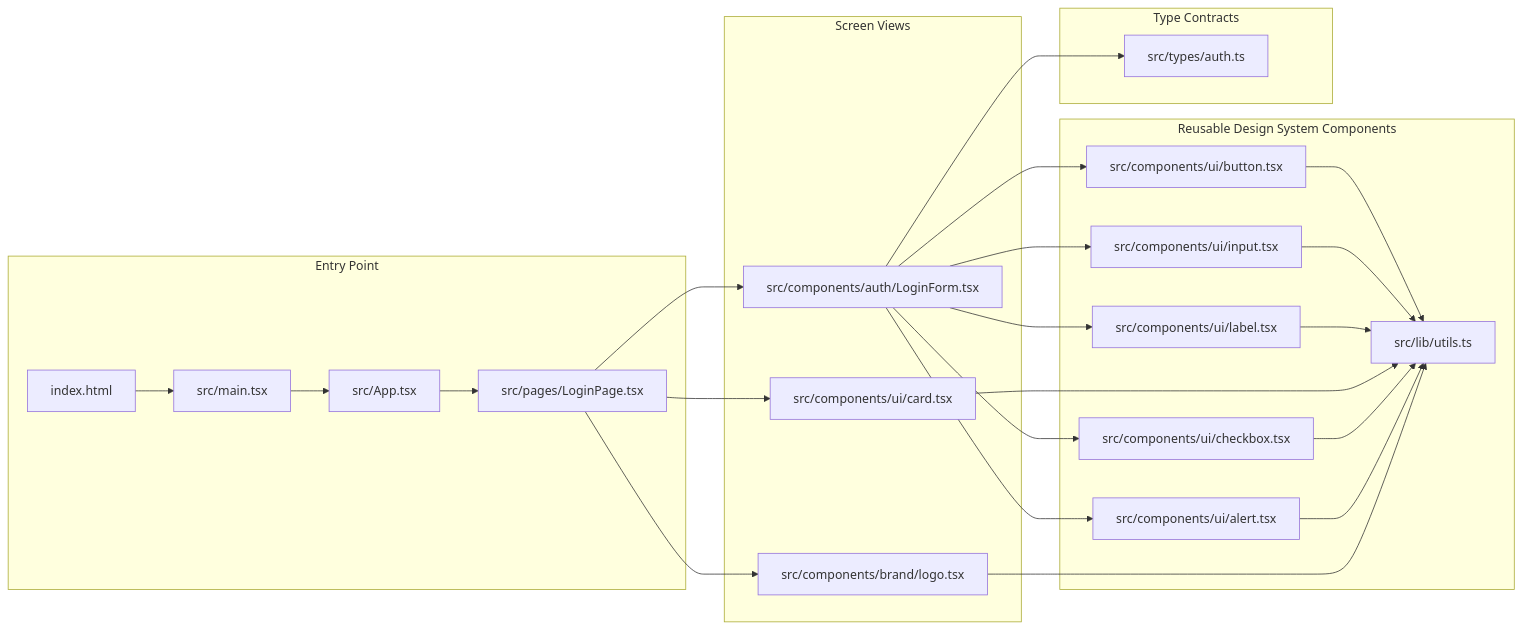
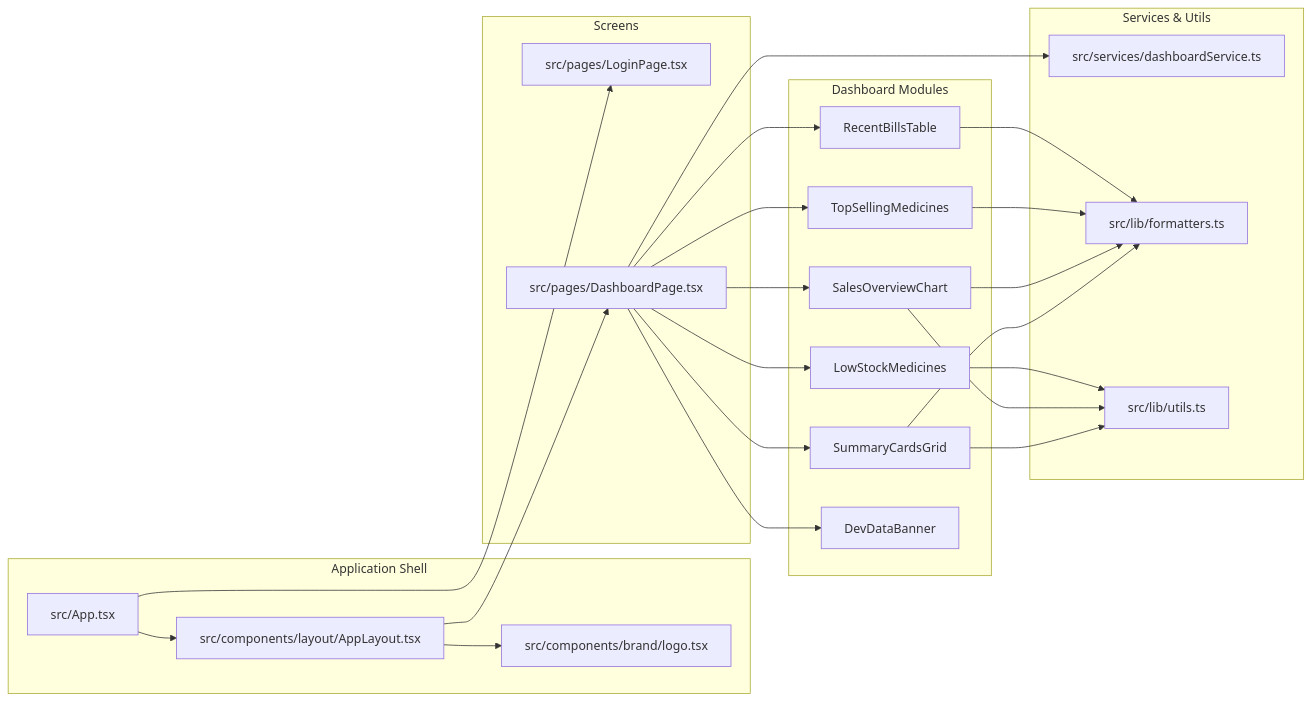
One commit to piyushexe23-spec/Billing-managment changed the second of 2 diagrams in ARCHITECTURE.md. Above: the diagram before and after it, drawn with Mermaid. The commit also changed other lines of this file and 64 other files, not shown here.

Commit message:
feat(dashboard): implement desktop app layout and executive dashboard with sales chart, summary cards, and inventory alerts

````diff
--- a/ARCHITECTURE.md
+++ b/ARCHITECTURE.md
@@ -50,34 +74,50 @@
 ```mermaid
 graph LR
-    subgraph Core["Entry Point"]
-        IndexHTML["index.html"] --> Main["src/main.tsx"]
-        Main --> App["src/App.tsx"]
-        App --> LoginPage["src/pages/LoginPage.tsx"]
+    subgraph Shell["Application Shell"]
+        App["src/App.tsx"]
+        AppLayout["src/components/layout/AppLayout.tsx"]
+        Logo["src/components/brand/logo.tsx"]
     end
 
-    subgraph Views["Screen Views"]
-        LoginPage --> LoginForm["src/components/auth/LoginForm.tsx"]
-        LoginPage --> Logo["src/components/brand/logo.tsx"]
-        LoginPage --> Card["src/components/ui/card.tsx"]
+    subgraph Pages["Screens"]
+        LoginPage["src/pages/LoginPage.tsx"]
+        DashboardPage["src/pages/DashboardPage.tsx"]
     end
 
-    subgraph Primitives["Reusable Design System Components"]
-        LoginForm --> Button["src/components/ui/button.tsx"]
-        LoginForm --> Input["src/components/ui/input.tsx"]
-        LoginForm --> Label["src/components/ui/label.tsx"]
-        LoginForm --> Checkbox["src/components/ui/checkbox.tsx"]
-        LoginForm --> Alert["src/components/ui/alert.tsx"]
-        
-        Button --> Utils["src/lib/utils.ts"]
-        Input --> Utils
-        Label --> Utils
-        Card --> Utils
-        Checkbox --> Utils
-        Alert --> Utils
-        Logo --> Utils
+    subgraph DashboardModules["Dashboard Modules"]
+        SummaryCards["SummaryCardsGrid"]
+        SalesChart["SalesOverviewChart"]
+        TopMeds["TopSellingMedicines"]
+        LowStock["LowStockMedicines"]
+        RecentBills["RecentBillsTable"]
+        DevBanner["DevDataBanner"]
     end
 
-    subgraph Types["Type Contracts"]
-        LoginForm --> AuthTypes["src/types/auth.ts"]
+    subgraph Services["Services & Utils"]
+        Service["src/services/dashboardService.ts"]
+        Formatters["src/lib/formatters.ts"]
+        Utils["src/lib/utils.ts"]
     end
+
+    App --> LoginPage
+    App --> AppLayout
+    AppLayout --> Logo
+    AppLayout --> DashboardPage
+
+    DashboardPage --> SummaryCards
+    DashboardPage --> SalesChart
+    DashboardPage --> TopMeds
+    DashboardPage --> LowStock
+    DashboardPage --> RecentBills
+    DashboardPage --> DevBanner
+
+    DashboardPage --> Service
+    SummaryCards --> Formatters
+    SalesChart --> Formatters
+    TopMeds --> Formatters
+    RecentBills --> Formatters
+    
+    SummaryCards --> Utils
+    SalesChart --> Utils
+    LowStock --> Utils
 ```
````
